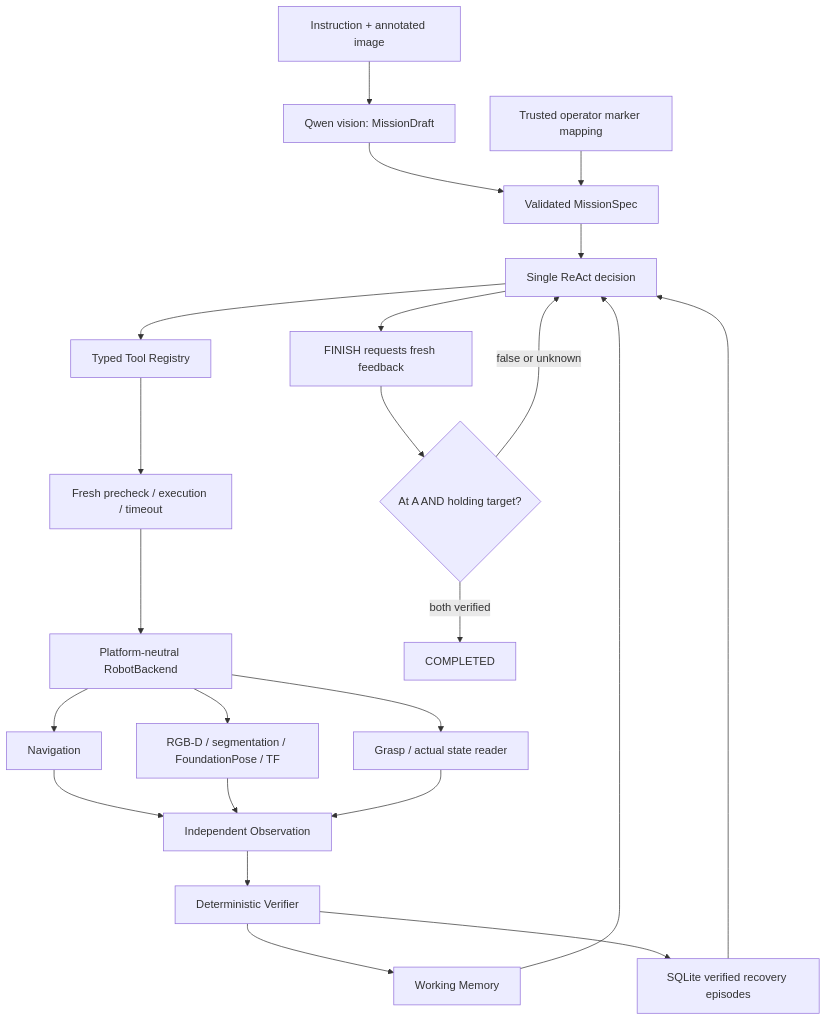
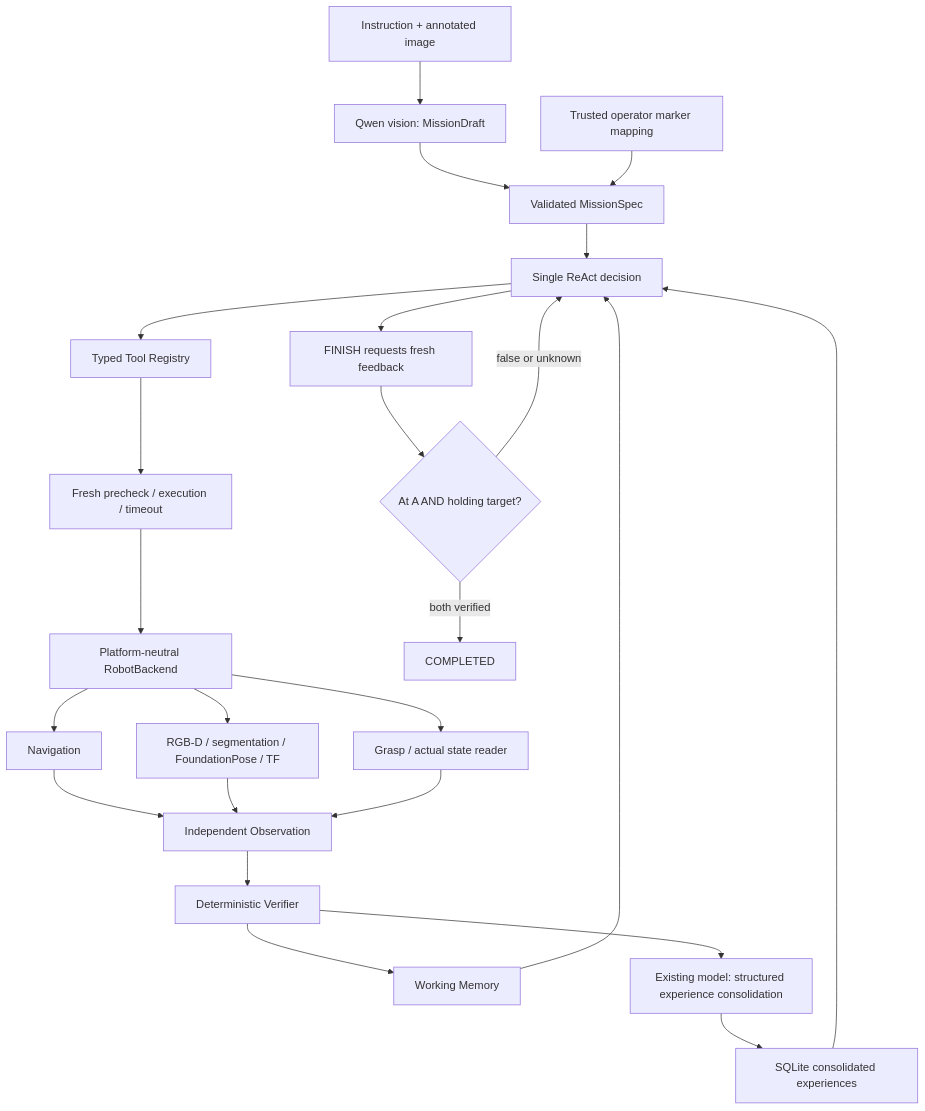
One commit to fanjiahui-charix/Long_sequence_tasks_for_realmanrobot changed the diagram in docs/SYSTEM_DESIGN.md. Above: the diagram before and after it, drawn with Mermaid. The commit also changed other lines of this file and 17 other files, not shown here.

````diff
--- a/docs/SYSTEM_DESIGN.md
+++ b/docs/SYSTEM_DESIGN.md
@@ -7,25 +7,26 @@
 ```mermaid
 flowchart TD
     U[Instruction + annotated image] --> M[Qwen vision: MissionDraft]
     M --> MS[Validated MissionSpec]
     T[Trusted operator marker mapping] --> MS
     MS --> A[Single ReAct decision]
     W[Working Memory] --> A
-    E[SQLite verified recovery episodes] --> A
+    E[SQLite consolidated experiences] --> A
     A --> R[Typed Tool Registry]
     R --> X[Fresh precheck / execution / timeout]
     X --> B[Platform-neutral RobotBackend]
     B --> N[Navigation]
     B --> P[RGB-D / segmentation / FoundationPose / TF]
     B --> G[Grasp / actual state reader]
     N --> O[Independent Observation]
     P --> O
     G --> O
     O --> V[Deterministic Verifier]
     V --> W
-    V --> E
+    V --> S[Existing model: structured experience consolidation]
+    S --> E
     A --> F[FINISH requests fresh feedback]
     F --> C{At A AND holding target?}
     C -->|both verified| D[COMPLETED]
     C -->|false or unknown| A
 ```
````
